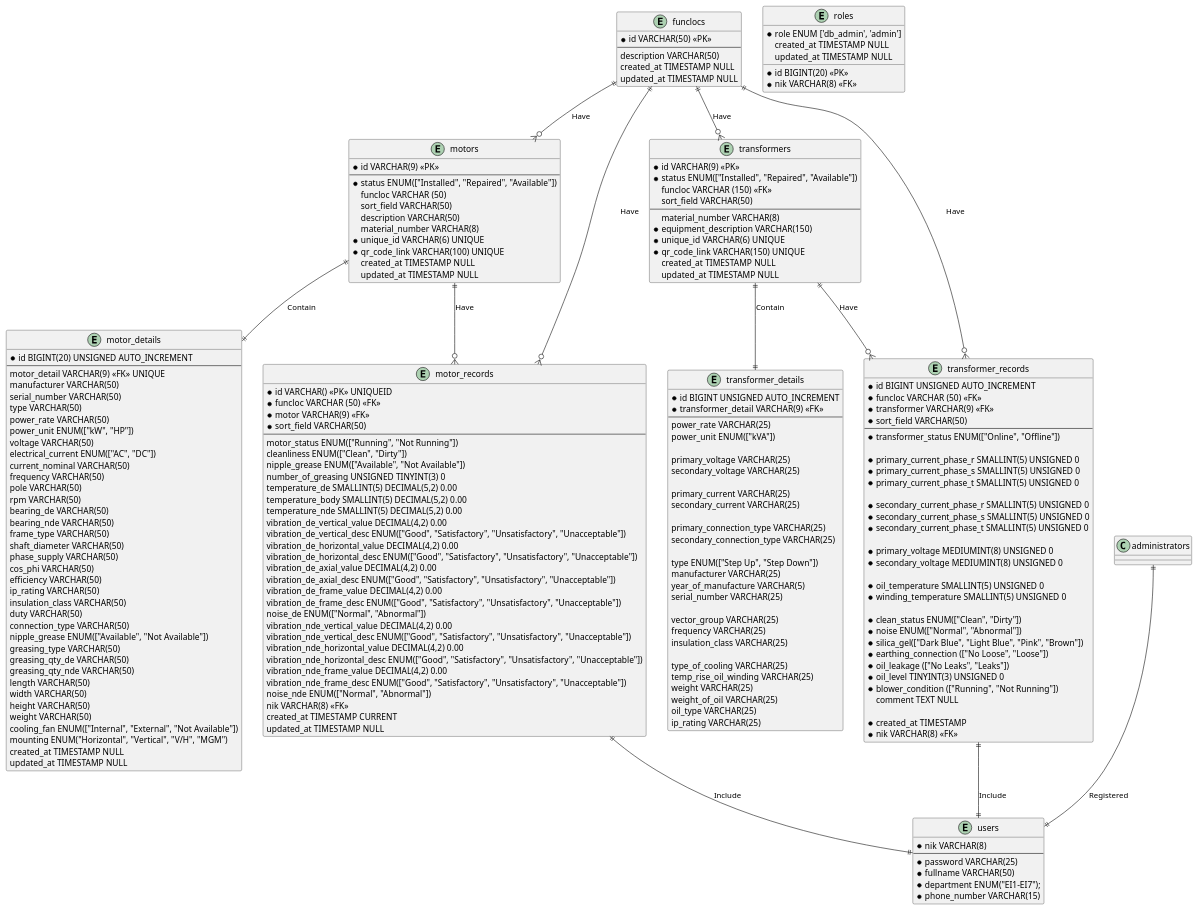
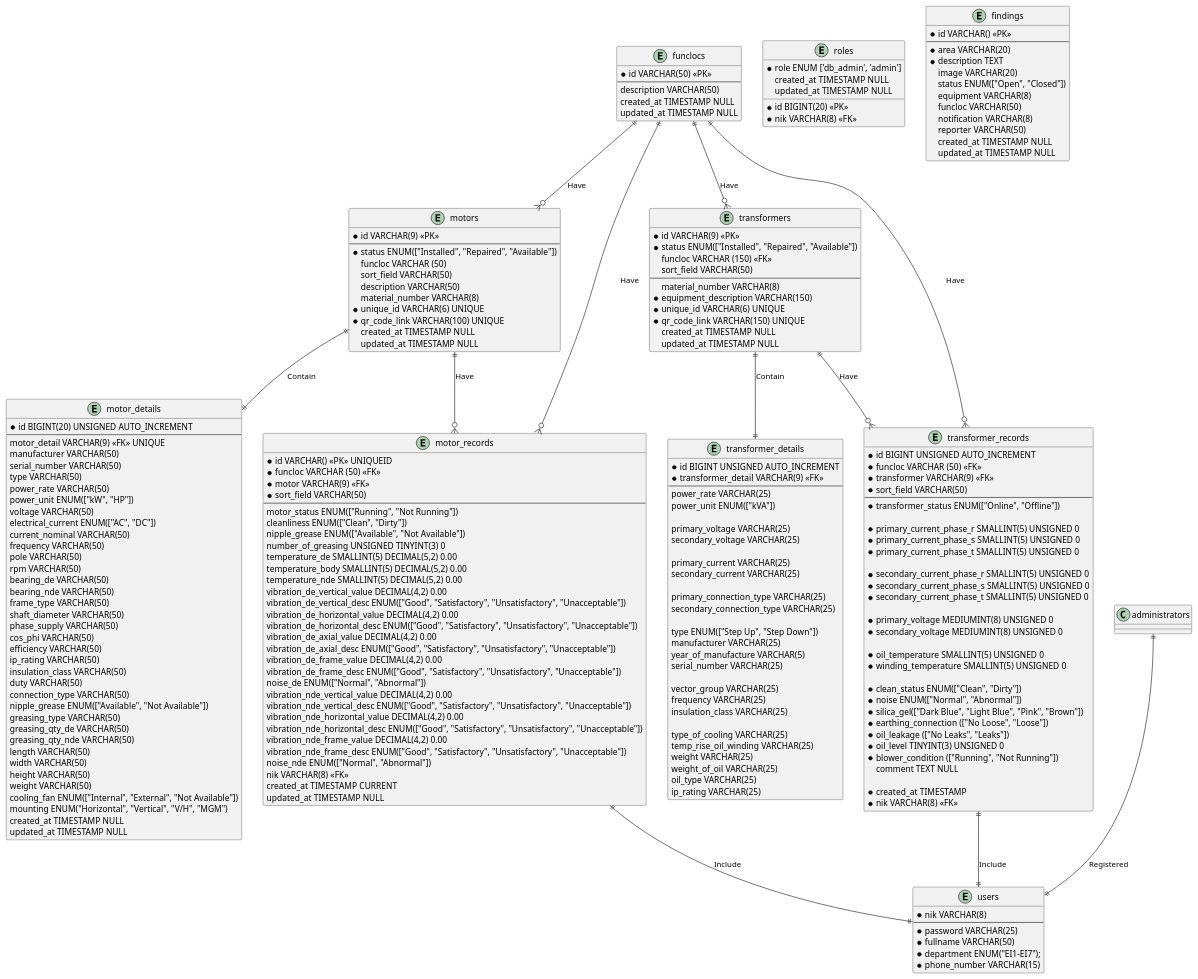
One commit to doniduaasattuu/fajar-e-maintenance changed the diagram in docs/fajar_e_maintenance.puml. Above: the diagram before and after it, drawn with PlantUML. The commit also changed 18 other files, not shown here.

```diff
--- a/docs/fajar_e_maintenance.puml
+++ b/docs/fajar_e_maintenance.puml
@@ -115,6 +115,21 @@
       updated_at TIMESTAMP NULL
 }
 
+entity findings {
+  * id VARCHAR() <<PK>>
+  --
+  * area VARCHAR(20)
+  * description TEXT
+    image VARCHAR(20)
+    status ENUM(["Open", "Closed"])
+    equipment VARCHAR(8)
+    funcloc VARCHAR(50)
+    notification VARCHAR(8)
+    reporter VARCHAR(50)
+    created_at TIMESTAMP NULL
+    updated_at TIMESTAMP NULL
+}
+
 entity transformers {
     * id VARCHAR(9) <<PK>>
     * status ENUM(["Installed", "Repaired", "Available"])
```
